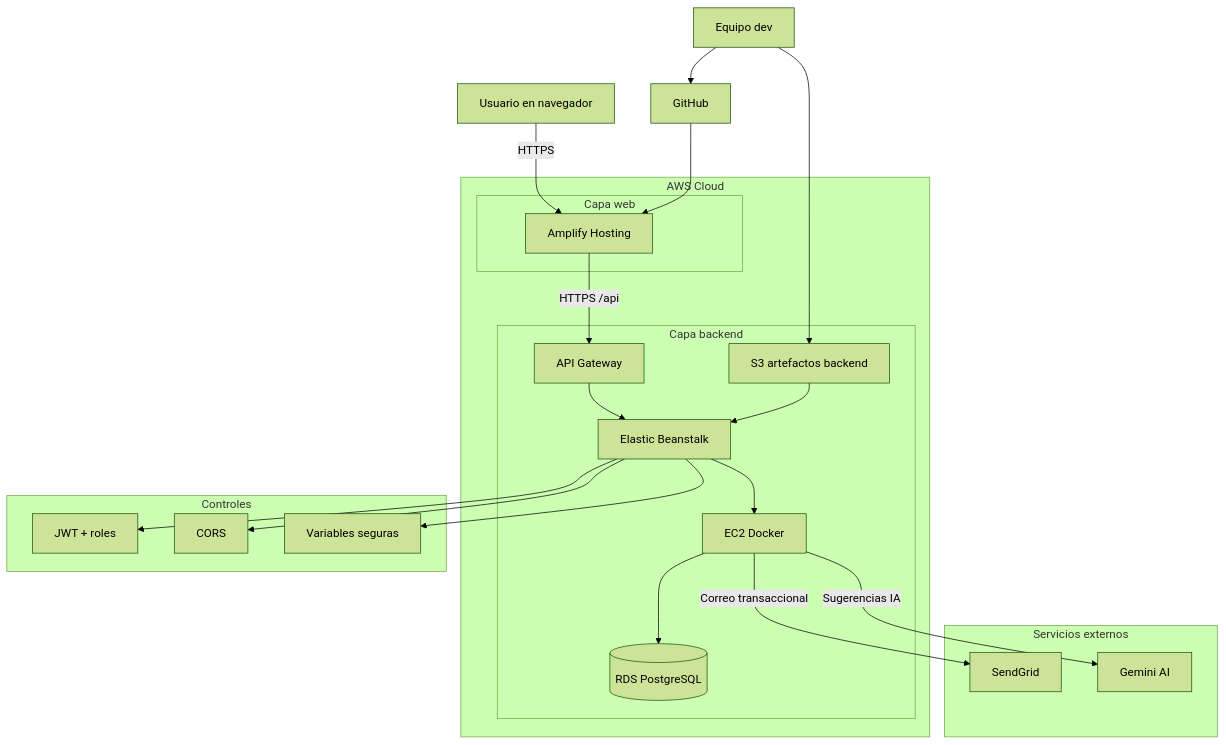
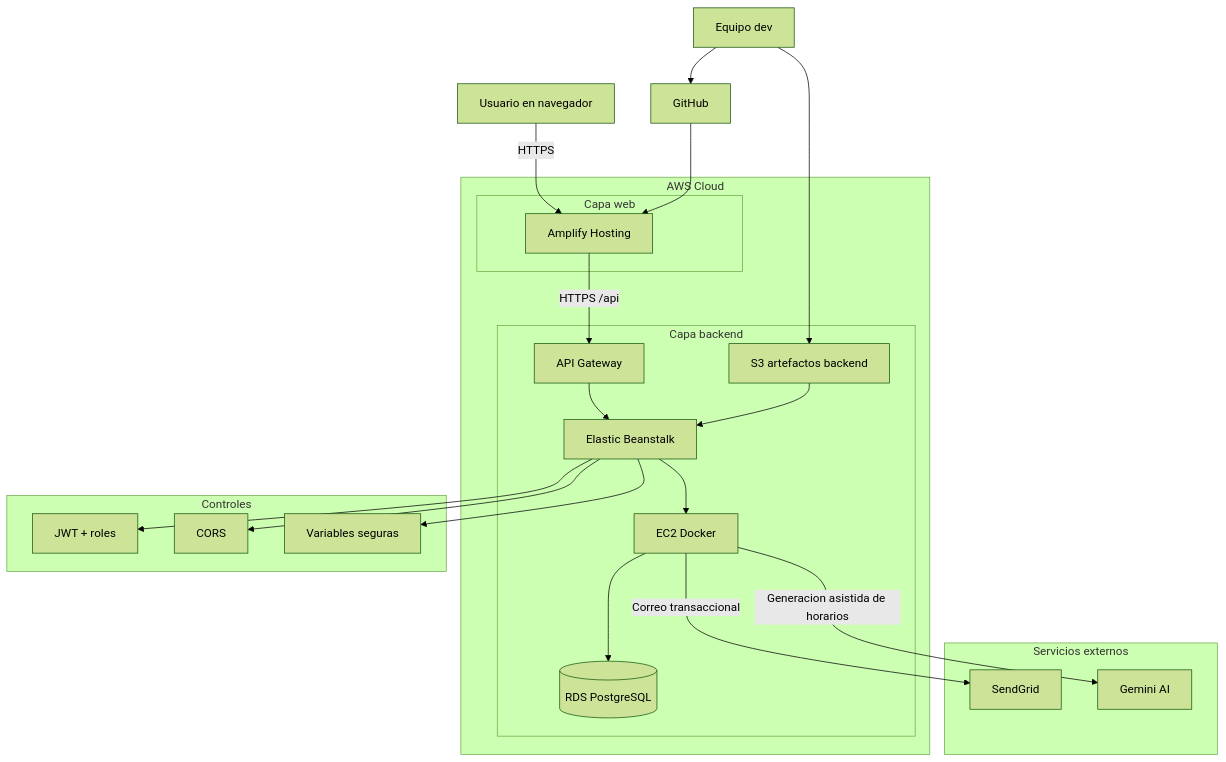
The diagram in docs/diagramas/14_despliegue_aws.mmd (Proyecto-grado-ucc/proyectoGrado-server), drawn with Mermaid (forest theme) before and after one commit. The commit also changed 20 other files, not shown here.

Commit message:
docs: align IA diagrams with Gemini flow

```diff
--- a/docs/diagramas/14_despliegue_aws.mmd
+++ b/docs/diagramas/14_despliegue_aws.mmd
@@ -1,37 +1,37 @@
 flowchart TD
   U["Usuario en navegador"] -->|HTTPS| AMP["Amplify Hosting"]
 
   subgraph AWS["AWS Cloud"]
     subgraph WEB["Capa web"]
       AMP
     end
     subgraph BE["Capa backend"]
       GW["API Gateway"] --> EB["Elastic Beanstalk"]
       EB --> EC2["EC2 Docker"]
       EC2 --> DB[("RDS PostgreSQL")]
       S3["S3 artefactos backend"] --> EB
     end
   end
 
   AMP -->|HTTPS /api| GW
 
   subgraph EXT["Servicios externos"]
     SG["SendGrid"]
     GM["Gemini AI"]
   end
 
   EC2 -->|Correo transaccional| SG
-  EC2 -->|Sugerencias IA| GM
+  EC2 -->|Generacion asistida de horarios| GM
   DEV["Equipo dev"] --> GH["GitHub"]
   GH --> AMP
   DEV --> S3
 
   subgraph SEC["Controles"]
     JWT["JWT + roles"]
     CORS["CORS"]
     ENV["Variables seguras"]
   end
 
   EB --> JWT
   EB --> CORS
   EB --> ENV
```
